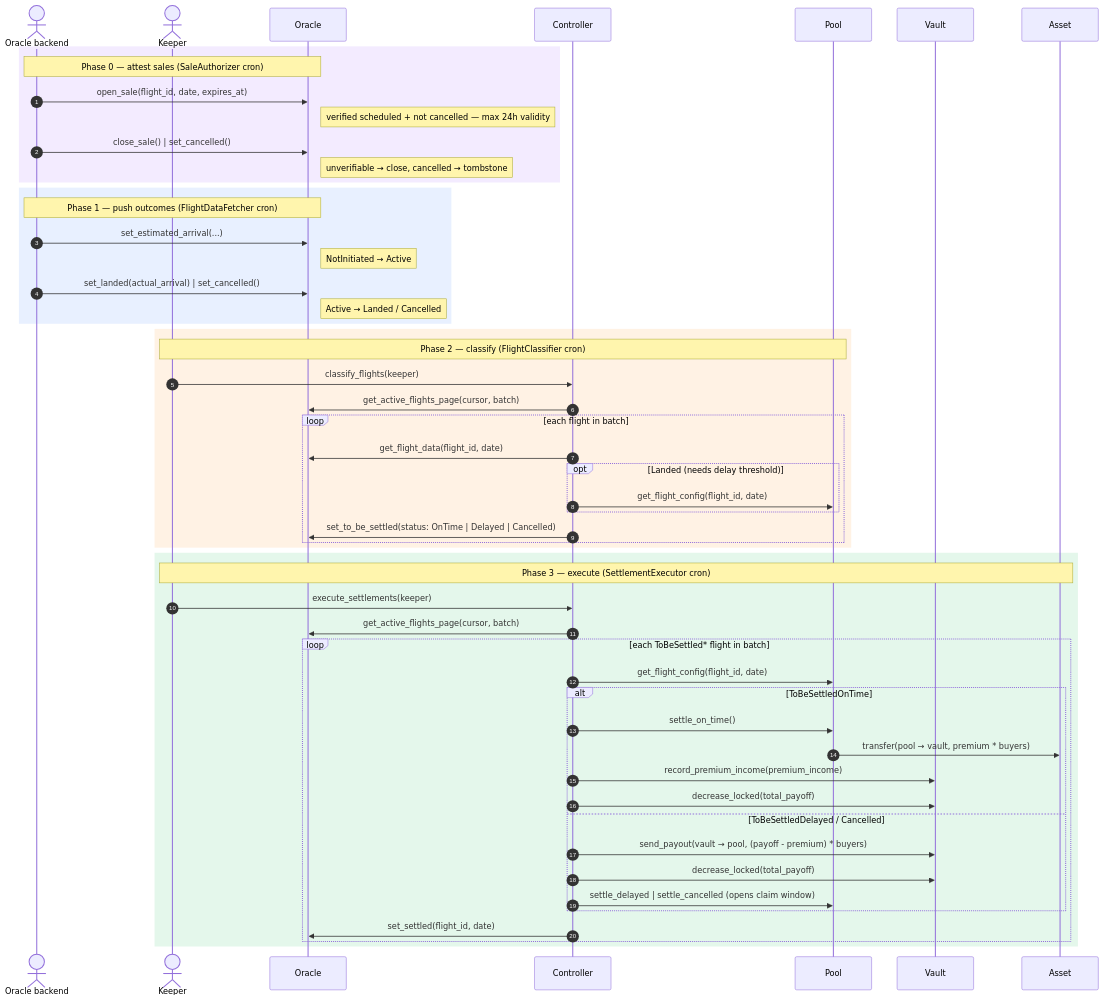
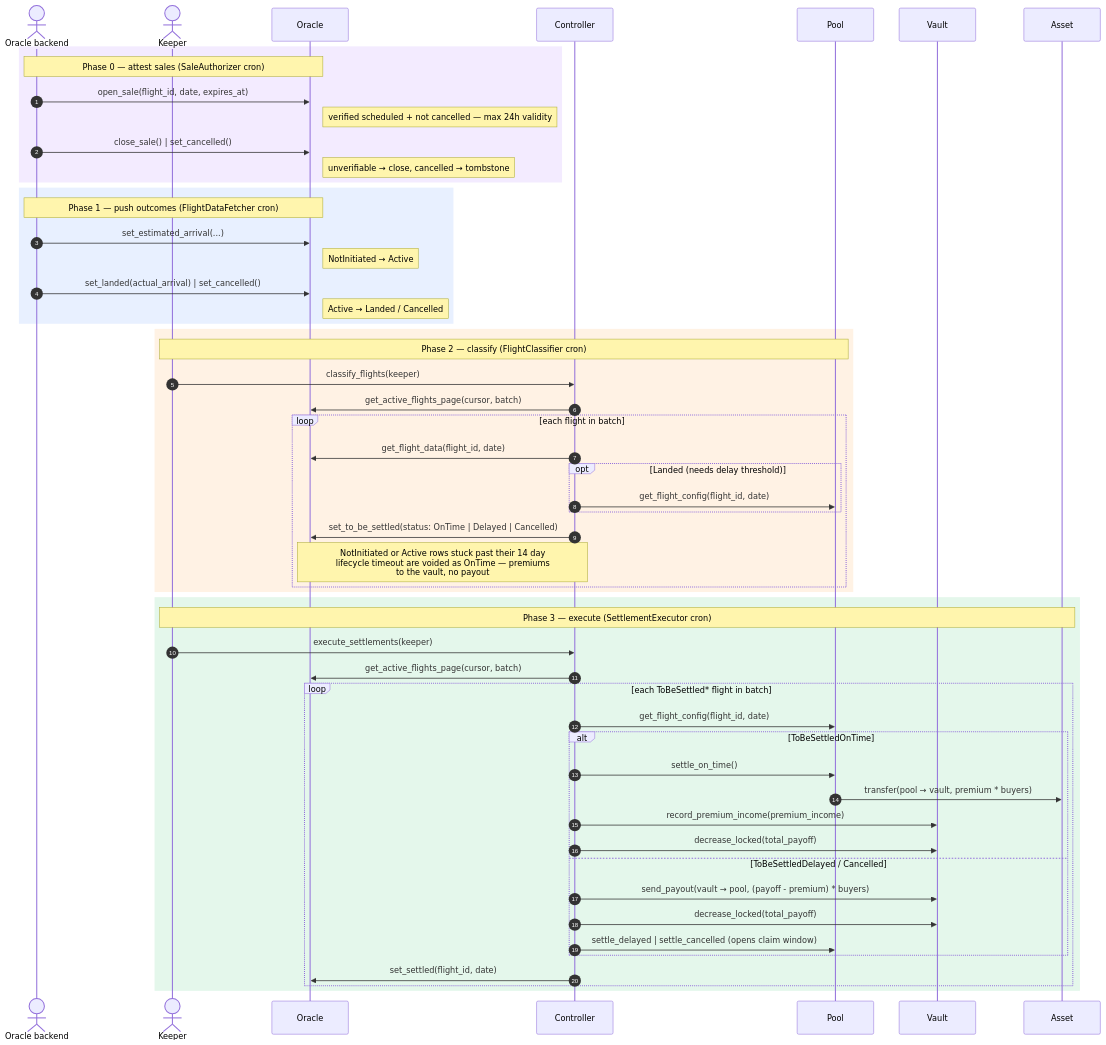
Before and after one commit to SentinelFi/sentinel_soroban_v3: the fifth of 6 diagrams in sequence_diagrams.md, drawn with Mermaid. The commit also changed other lines of this file and 2 other files, not shown here.

Commit message:
Update architecture docs (#78)

````diff
--- a/sequence_diagrams.md
+++ b/sequence_diagrams.md
@@ -235,60 +235,61 @@
 ```mermaid
 sequenceDiagram
     autonumber
     actor OB as Oracle backend
     actor Keeper
     participant Oracle as Oracle
     participant Ctrl as Controller
     participant Pool as Pool
     participant Vault as Vault
     participant Asset as Asset
 
     rect rgba(168, 112, 255, 0.14)
     Note over OB,Oracle: Phase 0 — attest sales (SaleAuthorizer cron)
     OB->>Oracle: open_sale(flight_id, date, expires_at)
     Note right of Oracle: verified scheduled + not cancelled — max 24h validity
     OB->>Oracle: close_sale() | set_cancelled()
     Note right of Oracle: unverifiable → close, cancelled → tombstone
     end
 
     rect rgba(96, 148, 255, 0.14)
     Note over OB,Oracle: Phase 1 — push outcomes (FlightDataFetcher cron)
     OB->>Oracle: set_estimated_arrival(...)
     Note right of Oracle: NotInitiated → Active
     OB->>Oracle: set_landed(actual_arrival) | set_cancelled()
     Note right of Oracle: Active → Landed / Cancelled
     end
 
     rect rgba(255, 160, 64, 0.14)
     Note over Keeper,Pool: Phase 2 — classify (FlightClassifier cron)
     Keeper->>Ctrl: classify_flights(keeper)
     Ctrl->>Oracle: get_active_flights_page(cursor, batch)
     loop each flight in batch
         Ctrl->>Oracle: get_flight_data(flight_id, date)
         opt Landed (needs delay threshold)
             Ctrl->>Pool: get_flight_config(flight_id, date)
         end
         Ctrl->>Oracle: set_to_be_settled(status: OnTime | Delayed | Cancelled)
+        Note over Ctrl,Oracle: NotInitiated or Active rows stuck past their 14 day<br/>lifecycle timeout are voided as OnTime — premiums<br/>to the vault, no payout
     end
     end
 
     rect rgba(64, 200, 112, 0.14)
     Note over Keeper,Asset: Phase 3 — execute (SettlementExecutor cron)
     Keeper->>Ctrl: execute_settlements(keeper)
     Ctrl->>Oracle: get_active_flights_page(cursor, batch)
     loop each ToBeSettled* flight in batch
         Ctrl->>Pool: get_flight_config(flight_id, date)
         alt ToBeSettledOnTime
             Ctrl->>Pool: settle_on_time()
             Pool->>Asset: transfer(pool → vault, premium * buyers)
             Ctrl->>Vault: record_premium_income(premium_income)
             Ctrl->>Vault: decrease_locked(total_payoff)
         else ToBeSettledDelayed / Cancelled
             Ctrl->>Vault: send_payout(vault → pool, (payoff - premium) * buyers)
             Ctrl->>Vault: decrease_locked(total_payoff)
             Ctrl->>Pool: settle_delayed | settle_cancelled (opens claim window)
         end
         Ctrl->>Oracle: set_settled(flight_id, date)
     end
     end
 ```
````
